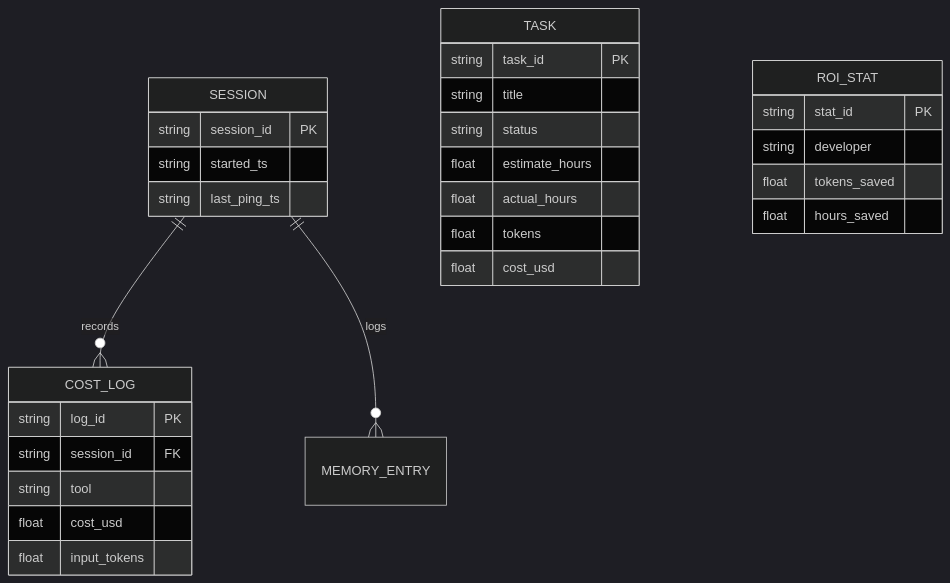
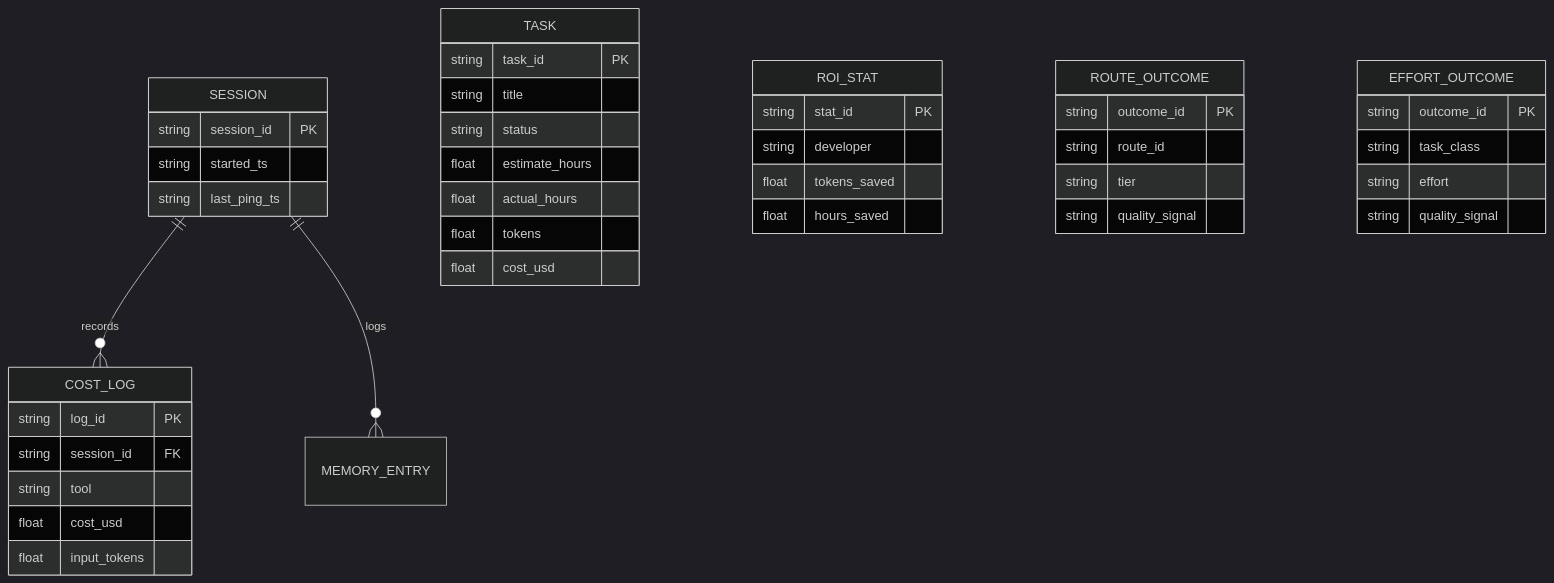
The third of 6 diagrams in docs/ARCHITECTURE.md (u2anilgit/PromptWise), drawn with Mermaid (dark theme) before and after one commit. The commit also changed other lines of this file and 2 other files, not shown here.

First line of the commit message:
docs: update README/CHANGELOG/architecture diagrams for effort axis + response cap + skill audit

````diff
--- a/docs/ARCHITECTURE.md
+++ b/docs/ARCHITECTURE.md
@@ -65,32 +95,44 @@
 ```mermaid
 erDiagram
   SESSION ||--o{ COST_LOG : records
   SESSION ||--o{ MEMORY_ENTRY : logs
   SESSION {
     string session_id PK
     string started_ts
     string last_ping_ts
   }
   COST_LOG {
     string log_id PK
     string session_id FK
     string tool
     float  cost_usd
     float  input_tokens
   }
   TASK {
     string task_id PK
     string title
     string status
     float  estimate_hours
     float  actual_hours
     float  tokens
     float  cost_usd
   }
   ROI_STAT {
     string stat_id PK
     string developer
     float  tokens_saved
     float  hours_saved
   }
+  ROUTE_OUTCOME {
+    string outcome_id PK
+    string route_id
+    string tier
+    string quality_signal
+  }
+  EFFORT_OUTCOME {
+    string outcome_id PK
+    string task_class
+    string effort
+    string quality_signal
+  }
 ```
````
